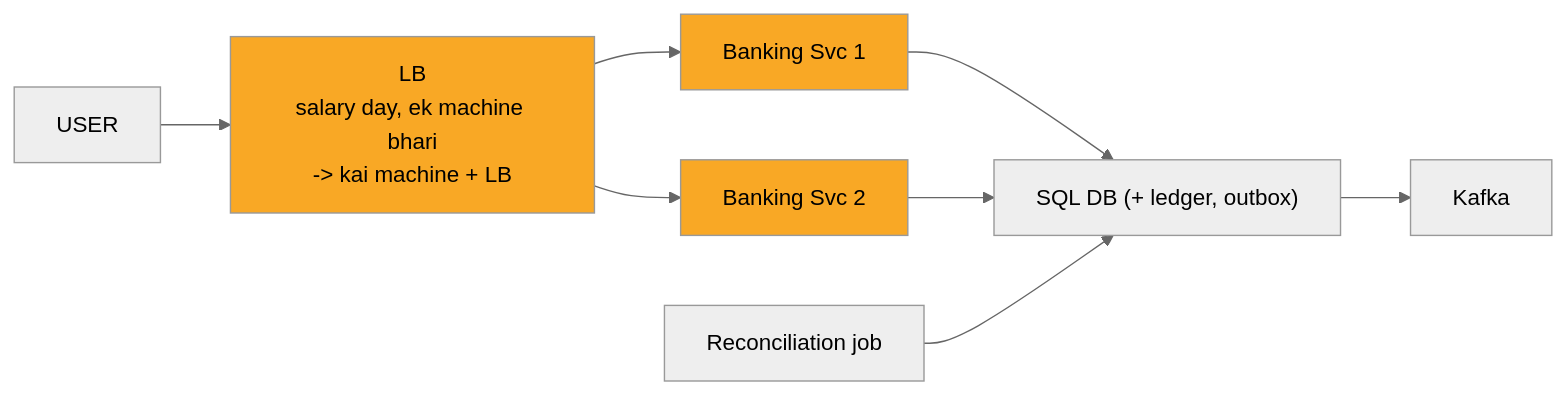
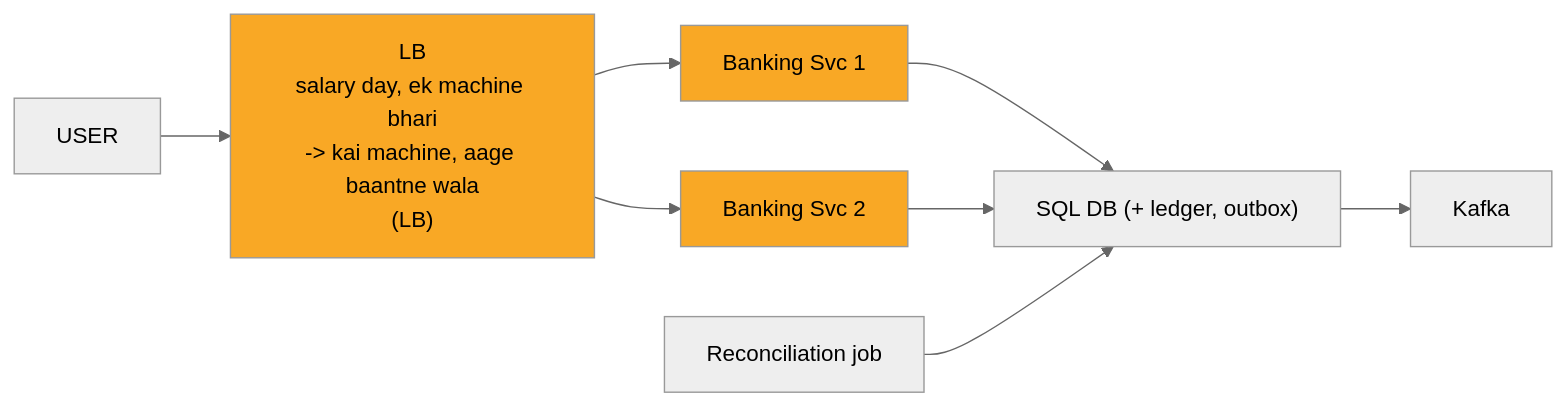
One commit to ArpanMaheshwari144/Prep changed the eighth of 13 diagrams in 04_HLD/SYSTEM_DESIGNS/13_banking_system/13_banking_system.md. Above: the diagram before and after it, drawn with Mermaid (neutral theme). The commit also changed other lines of this file and 13 other files, not shown here.

````diff
--- a/04_HLD/SYSTEM_DESIGNS/13_banking_system/13_banking_system.md
+++ b/04_HLD/SYSTEM_DESIGNS/13_banking_system/13_banking_system.md
@@ -245,20 +245,20 @@
 ```mermaid
 flowchart LR
     n_USER["USER"]
-    n_LB["LB<br/>salary day, ek machine bhari<br/>-> kai machine + LB"]
+    n_LB["LB<br/>salary day, ek machine bhari<br/>-> kai machine, aage baantne wala<br/>(LB)"]
     n_S1["Banking Svc 1"]
     n_S2["Banking Svc 2"]
     n_DB["SQL DB (+ ledger, outbox)"]
     n_K["Kafka"]
     n_REC["Reconciliation job"]
     n_USER --> n_LB
     n_LB --> n_S1
     n_LB --> n_S2
     n_S1 --> n_DB
     n_S2 --> n_DB
     n_DB --> n_K
     n_REC --> n_DB
     style n_LB fill:#f9a825,color:#000
     style n_S1 fill:#f9a825,color:#000
     style n_S2 fill:#f9a825,color:#000
 ```
````
